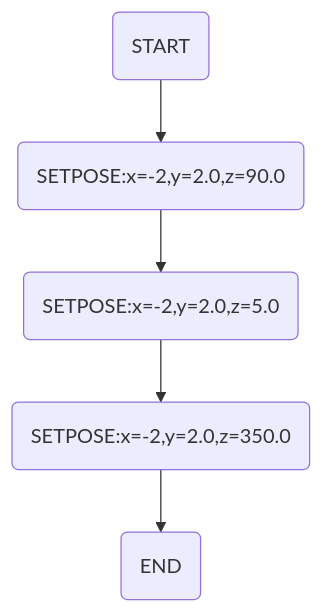
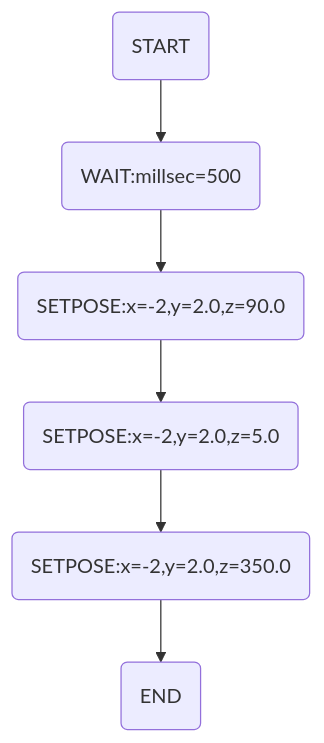
One commit to TakanoTaiga/roboware-neo.universe changed the diagram in launch/roboware_neo_launch/state_graph/scenario_simulation/rotation.md. Above: the diagram before and after it, drawn with Mermaid. The commit also changed 3 other files, not shown here.

````diff
--- a/launch/roboware_neo_launch/state_graph/scenario_simulation/rotation.md
+++ b/launch/roboware_neo_launch/state_graph/scenario_simulation/rotation.md
@@ -1,7 +1,8 @@
 ```mermaid
 graph TB
-  START(START) --> SETPOSE.1(SETPOSE:x=-2,y=2.0,z=90.0)
+  START(START) --> start_wait(WAIT:millsec=500)
+  start_wait --> SETPOSE.1(SETPOSE:x=-2,y=2.0,z=90.0)
   SETPOSE.1 --> SETPOSE.2(SETPOSE:x=-2,y=2.0,z=5.0)
   SETPOSE.2 --> SETPOSE.3(SETPOSE:x=-2,y=2.0,z=350.0)
   SETPOSE.3 --> END(END)
 ```
````
